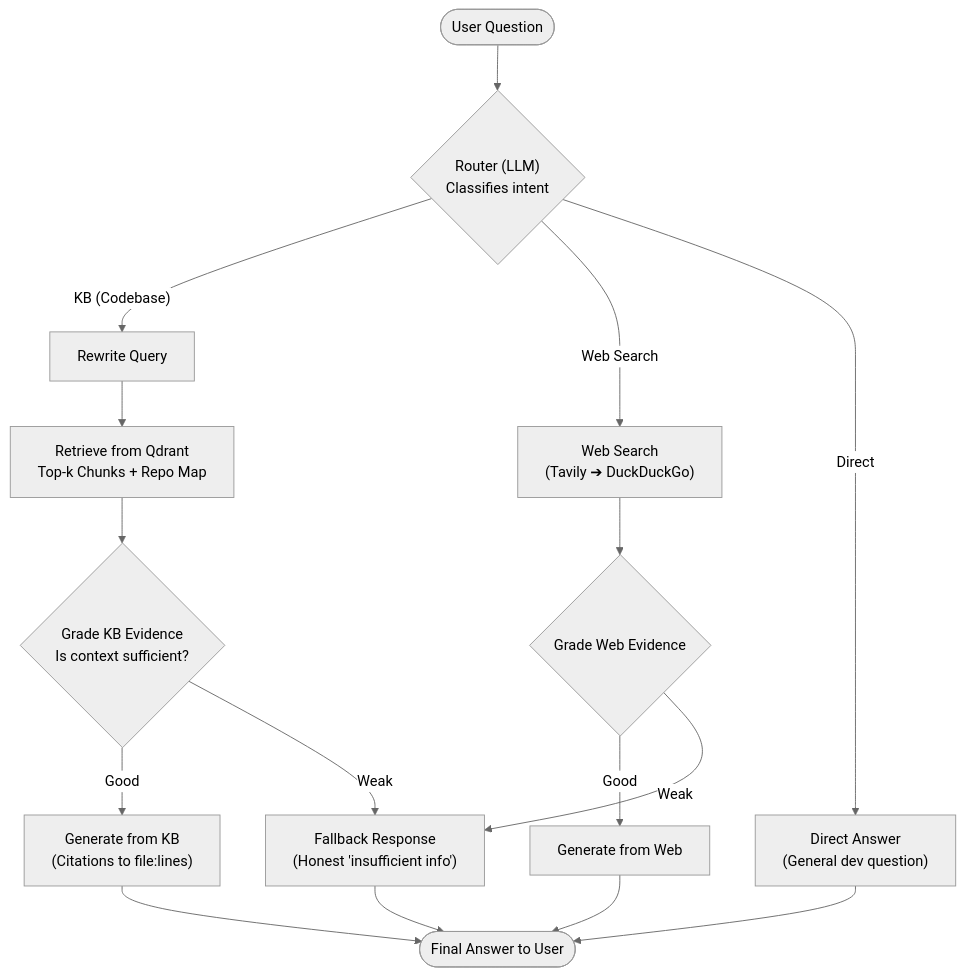
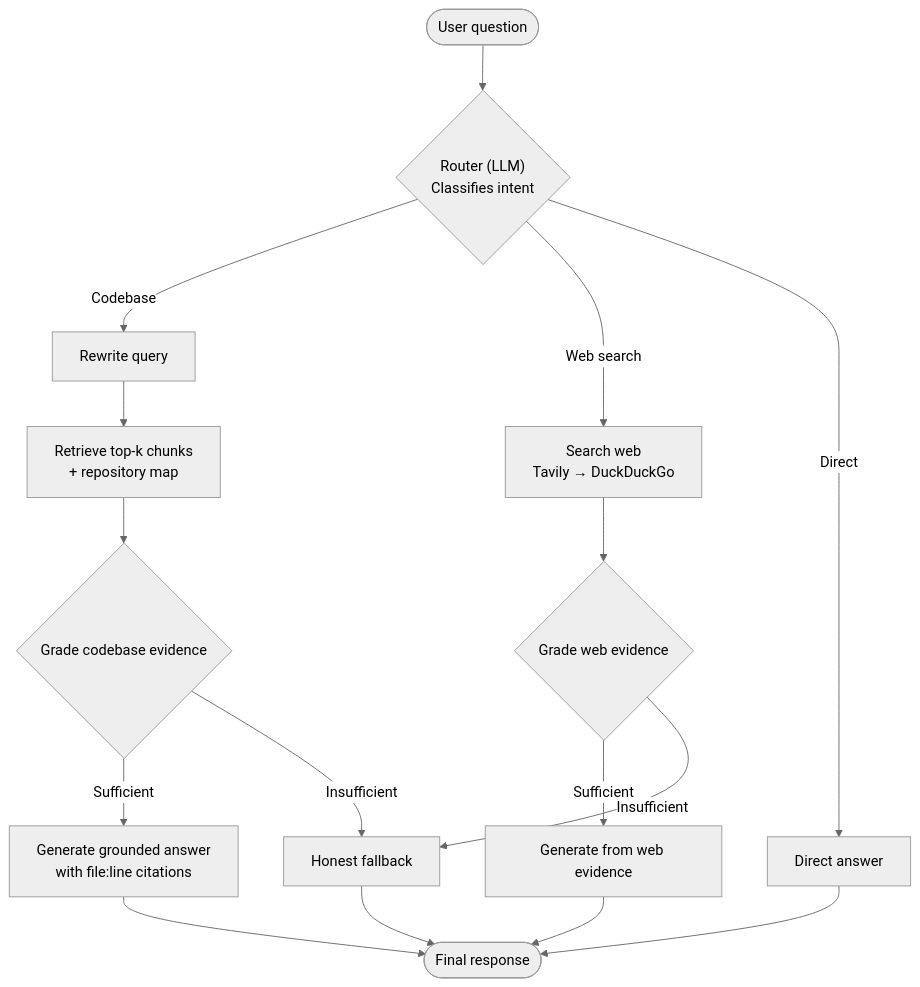
One commit to muralikrishna1729/CodeSage changed the diagram in README.md. Above: the diagram before and after it, drawn with Mermaid (neutral theme). The commit also changed other lines of this file and 2 other files, not shown here.

Commit message:
docs(readme): polish README layout and add architecture diagrams to assets

````diff
--- a/README.md
+++ b/README.md
@@ -116,23 +56,23 @@
 ```mermaid
 flowchart TD
-    UserQ(["User Question"]) --> Router{"Router (LLM)<br/>Classifies intent"}
+    Q(["User question"]) --> R{"Router (LLM)<br/>Classifies intent"}
 
-    Router -->|"KB (Codebase)"| Rewrite["Rewrite Query"]
-    Rewrite --> Retrieve["Retrieve from Qdrant<br/>Top-k Chunks + Repo Map"]
-    Retrieve --> GradeKB{"Grade KB Evidence<br/>Is context sufficient?"}
+    R -->|Codebase| RW["Rewrite query"]
+    RW --> RET["Retrieve top-k chunks<br/>+ repository map"]
+    RET --> GKB{"Grade codebase evidence"}
 
-    GradeKB -->|"Good"| GenKB["Generate from KB<br/>(Citations to file:lines)"]
-    GradeKB -->|"Weak"| Fallback["Fallback Response<br/>(Honest 'insufficient info')"]
+    GKB -->|Sufficient| KB["Generate grounded answer<br/>with file:line citations"]
+    GKB -->|Insufficient| F["Honest fallback"]
 
-    Router -->|"Web Search"| WebSearch["Web Search<br/>(Tavily ➔ DuckDuckGo)"]
-    WebSearch --> GradeWeb{"Grade Web Evidence"}
-    GradeWeb -->|"Good"| GenWeb["Generate from Web"]
-    GradeWeb -->|"Weak"| Fallback
+    R -->|Web search| WS["Search web<br/>Tavily → DuckDuckGo"]
+    WS --> GW{"Grade web evidence"}
+    GW -->|Sufficient| WEB["Generate from web evidence"]
+    GW -->|Insufficient| F
 
-    Router -->|"Direct"| GenDirect["Direct Answer<br/>(General dev question)"]
+    R -->|Direct| D["Direct answer"]
 
-    GenKB --> Final(["Final Answer to User"])
-    GenWeb --> Final
-    GenDirect --> Final
-    Fallback --> Final
+    KB --> A(["Final response"])
+    WEB --> A
+    D --> A
+    F --> A
 ```
````
